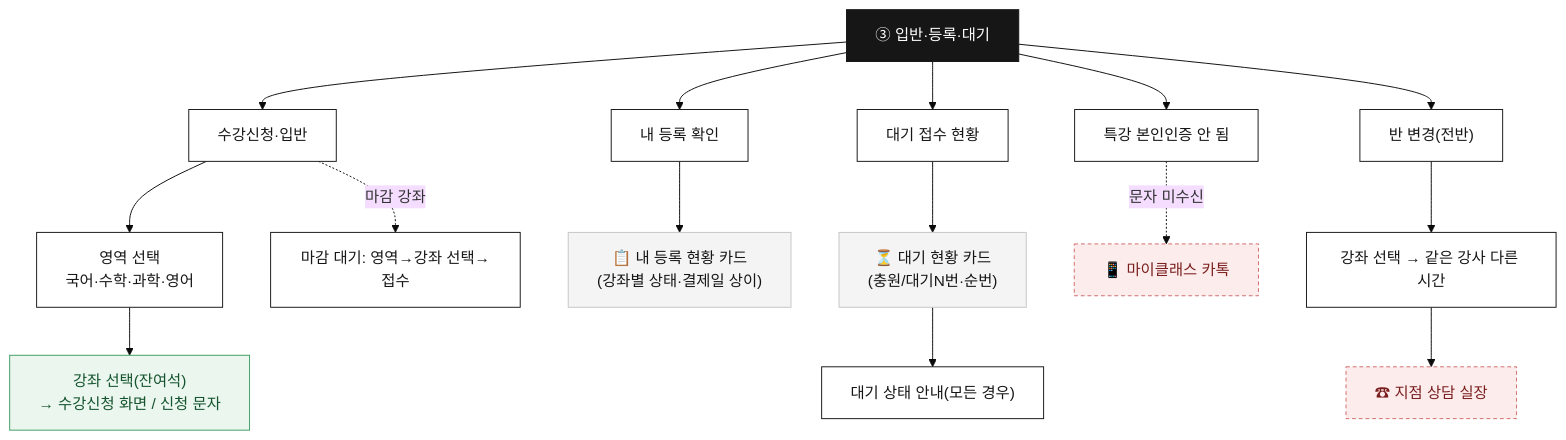
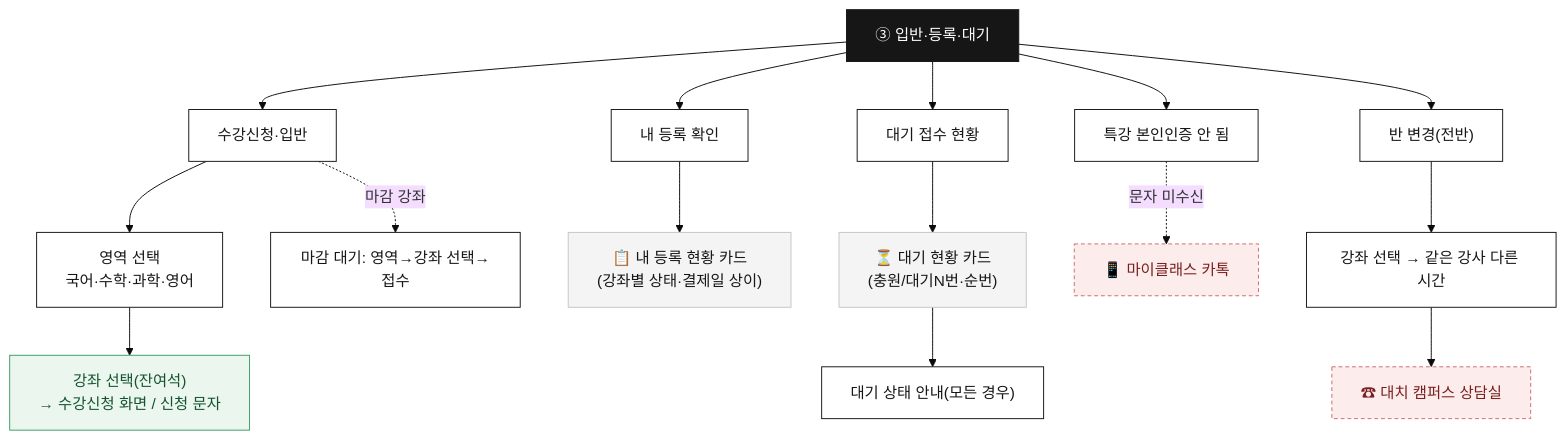
One commit to layr8x/Wiki changed the sixth of 12 diagrams in analysis/myclass-chatbot/SCENARIO_PLAN.md. Above: the diagram before and after it, drawn with Mermaid (base theme). The commit also changed other lines of this file and 8 other files, not shown here.

````diff
--- a/analysis/myclass-chatbot/SCENARIO_PLAN.md
+++ b/analysis/myclass-chatbot/SCENARIO_PLAN.md
@@ -175,24 +177,24 @@
 ```mermaid
 flowchart TD
   C["③ 입반·등록·대기"]:::menu
   C --> RG["수강신청·입반"]:::step
   C --> CK["내 등록 확인"]:::step
   C --> WT["대기 접수 현황"]:::step
   C --> SP["특강 본인인증 안 됨"]:::step
   C --> TR["반 변경(전반)"]:::step
 
   RG --> RG1["영역 선택<br/>국어·수학·과학·영어"]:::step
   RG1 --> RG2["강좌 선택(잔여석)<br/>→ 수강신청 화면 / 신청 문자"]:::solve
   RG -.마감 강좌.-> WS["마감 대기: 영역→강좌 선택→접수"]:::step
   CK --> CKC["📋 내 등록 현황 카드<br/>(강좌별 상태·결제일 상이)"]:::card
   WT --> WTC["⏳ 대기 현황 카드<br/>(충원/대기N번·순번)"]:::card
   WTC --> WTI["대기 상태 안내(모든 경우)"]:::step
   SP -.문자 미수신.-> CT["📱 마이클래스 카톡"]:::hand
-  TR --> TR1["강좌 선택 → 같은 강사 다른 시간"]:::step --> CP["☎ 지점 상담 실장"]:::hand
+  TR --> TR1["강좌 선택 → 같은 강사 다른 시간"]:::step --> CP["☎ 대치 캠퍼스 상담실"]:::hand
 
   classDef menu fill:#161616,color:#ffffff,stroke:#161616;
   classDef step fill:#ffffff,color:#161616,stroke:#161616;
   classDef card fill:#f4f4f4,color:#161616,stroke:#c6c6c6;
   classDef solve fill:#eaf6ee,color:#14532d,stroke:#3f9d63;
   classDef hand fill:#fdecec,color:#7a1f1f,stroke:#d06a6a,stroke-dasharray:4 3;
 ```
````
